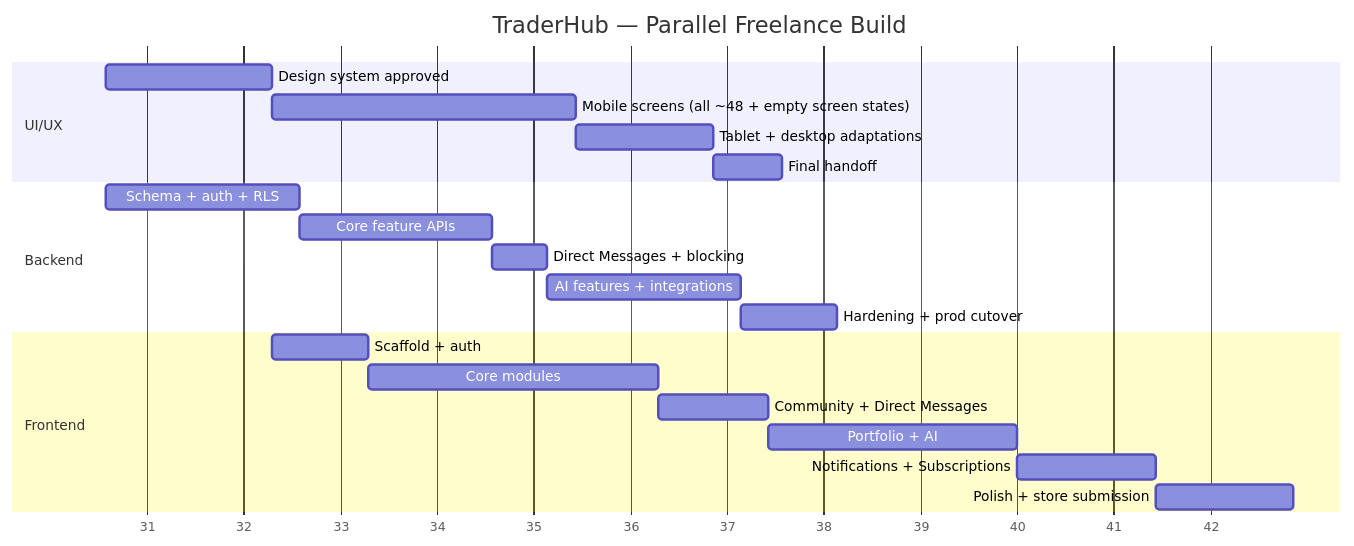
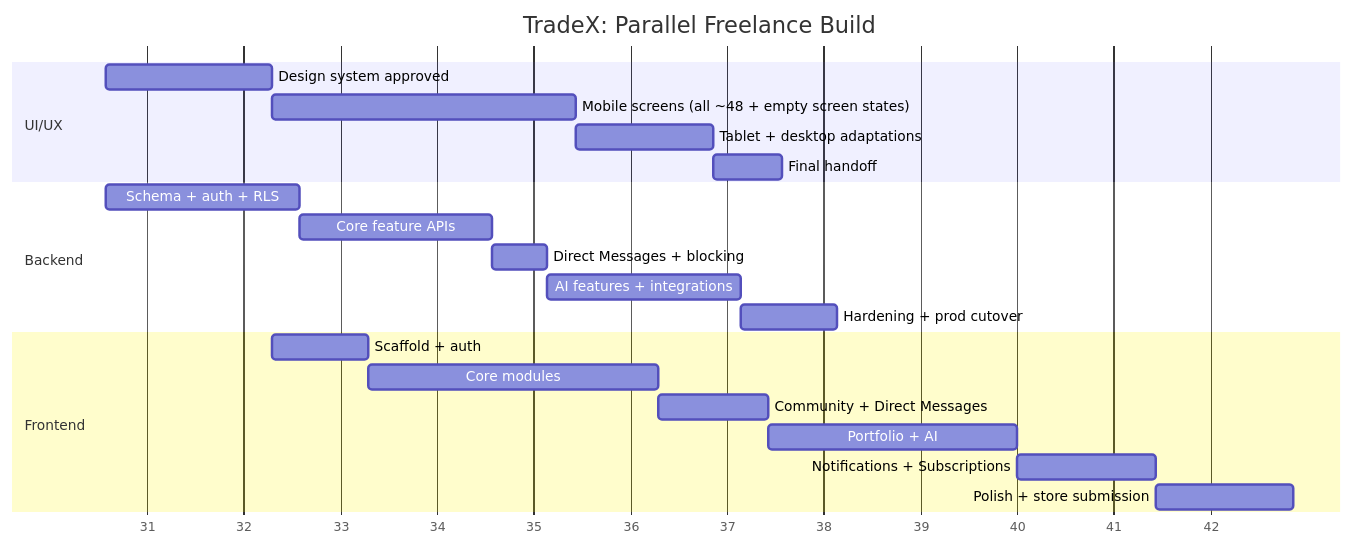
Before and after one commit to NK2552003/TradeX: the diagram in docs_/01-product/TIME_ESTIMATION.md, drawn with Mermaid. The commit also changed other lines of this file and 365 other files, not shown here.

````diff
--- a/docs_/01-product/TIME_ESTIMATION.md
+++ b/docs_/01-product/TIME_ESTIMATION.md
@@ -12,27 +13,27 @@
 ```mermaid
 gantt
-    title TraderHub — Parallel Freelance Build
+    title TradeX: Parallel Freelance Build
     dateFormat  2026-08-04
     axisFormat  %W
 
     section UI/UX
     Design system approved        :uiux1, 2026-08-06, 12d
     Mobile screens (all ~48 + empty screen states)      :uiux2, after uiux1, 22d
     Tablet + desktop adaptations  :uiux3, after uiux2, 10d
     Final handoff                 :uiux4, after uiux3, 5d
 
     section Backend
     Schema + auth + RLS           :be1, 2026-08-06, 14d
     Core feature APIs              :be2, after be1, 14d
     Direct Messages + blocking      :be2b, after be2, 4d
     AI features + integrations       :be3, after be2b, 14d
     Hardening + prod cutover          :be4, after be3, 7d
 
     section Frontend
     Scaffold + auth                :fe1, after uiux1, 7d
     Core modules                   :fe2, after fe1, 21d
     Community + Direct Messages     :fe2b, after fe2, 8d
     Portfolio + AI                   :fe3, after fe2b, 18d
     Notifications + Subscriptions     :fe4, after fe3, 10d
     Polish + store submission          :fe5, after fe4, 10d
 ```
````
